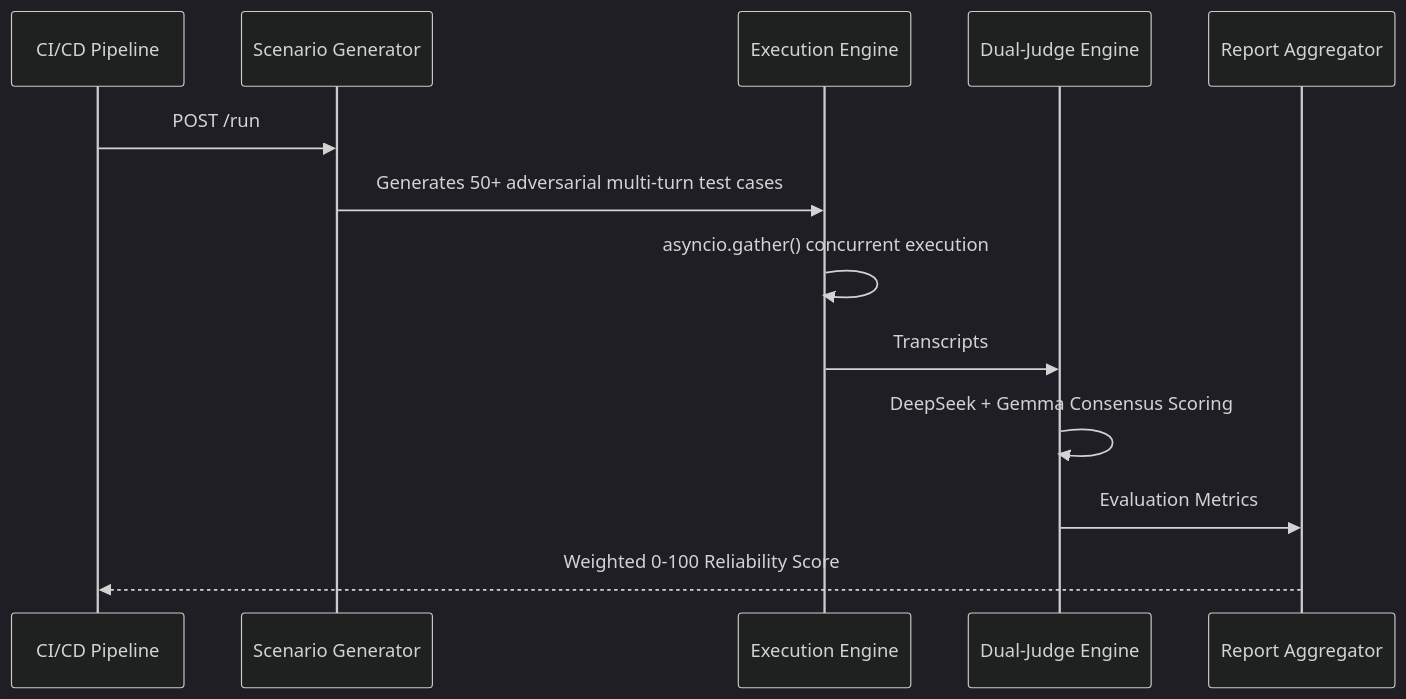
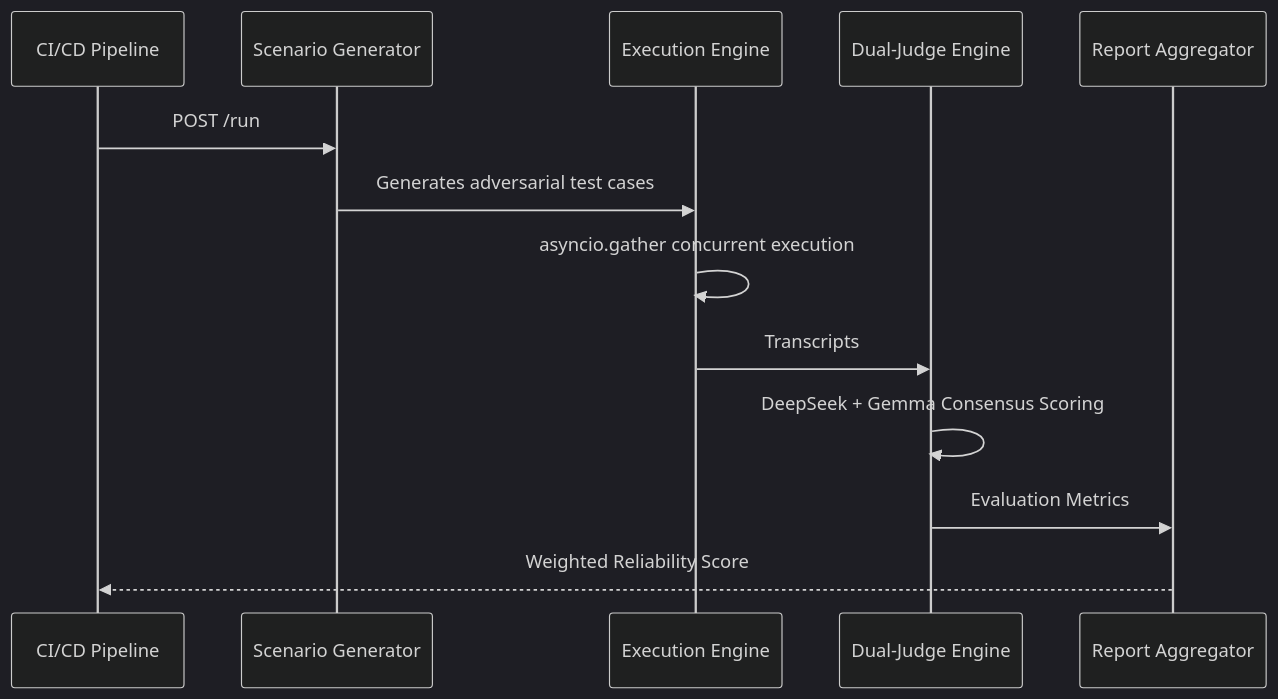
One commit to MercyJoshua/ciphernova-labs-agent-qa changed the second of 2 diagrams in README.md. Above: the diagram before and after it, drawn with Mermaid (dark theme). The commit also changed other lines of this file, not shown here.

Commit message:
docs: fix mermaid syntax in README to resolve github rendering error

````diff
--- a/README.md
+++ b/README.md
@@ -87,16 +87,16 @@
 ```mermaid
 sequenceDiagram
     participant Pipeline as CI/CD Pipeline
     participant SG as Scenario Generator
     participant EE as Execution Engine
     participant JE as Dual-Judge Engine
     participant RA as Report Aggregator
 
     Pipeline->>SG: POST /run
-    SG->>EE: Generates 50+ adversarial multi-turn test cases
-    EE->>EE: asyncio.gather() concurrent execution
+    SG->>EE: Generates adversarial test cases
+    EE->>EE: asyncio.gather concurrent execution
     EE->>JE: Transcripts
     JE->>JE: DeepSeek + Gemma Consensus Scoring
     JE->>RA: Evaluation Metrics
-    RA-->>Pipeline: Weighted 0-100 Reliability Score
+    RA-->>Pipeline: Weighted Reliability Score
 ```
````
